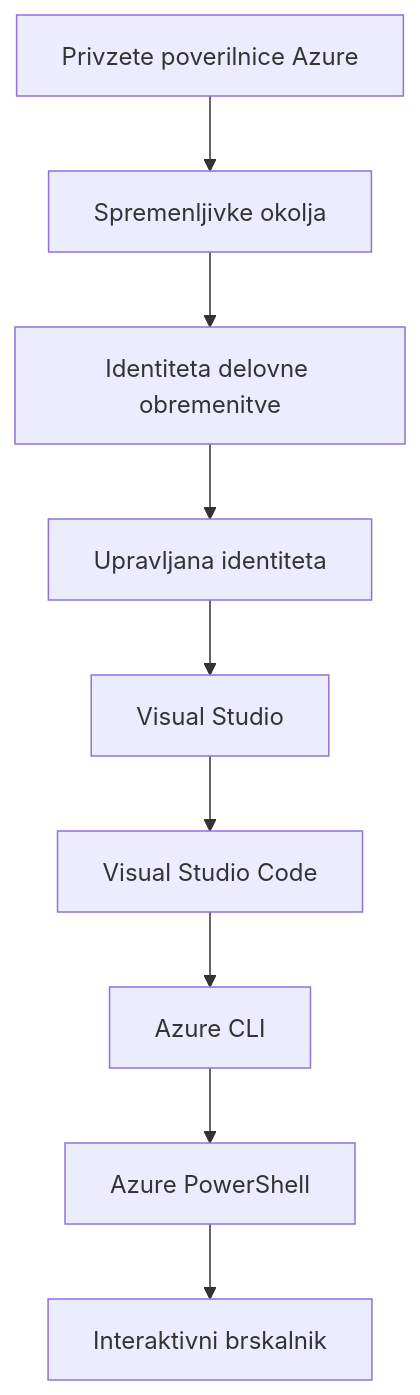
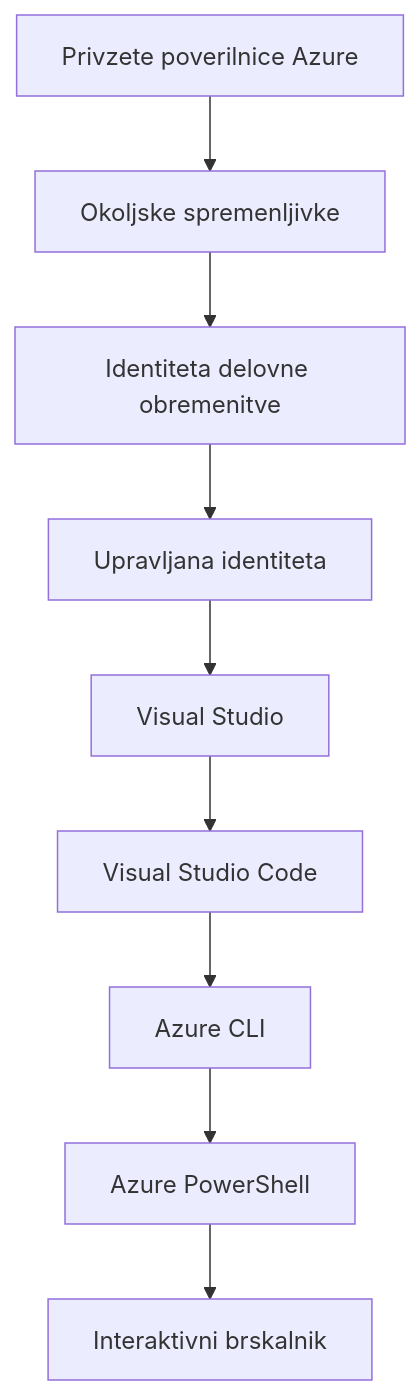
One commit to microsoft/AZD-for-beginners changed the second of 2 diagrams in translations/sl/docs/chapter-01-foundation/azd-basics.md. Above: the diagram before and after it, drawn with Mermaid. The commit also changed other lines of this file and 101 other files, not shown here.

````diff
--- a/translations/sl/docs/chapter-01-foundation/azd-basics.md
+++ b/translations/sl/docs/chapter-01-foundation/azd-basics.md
@@ -557,11 +592,11 @@
 ```mermaid
 graph TD
-    A[Privzete poverilnice Azure] --> B[Spremenljivke okolja]
+    A[Privzete poverilnice Azure] --> B[Okoljske spremenljivke]
     B --> C[Identiteta delovne obremenitve]
     C --> D[Upravljana identiteta]
     D --> E[Visual Studio]
     E --> F[Visual Studio Code]
     F --> G[Azure CLI]
     G --> H[Azure PowerShell]
     H --> I[Interaktivni brskalnik]
 ```
````
